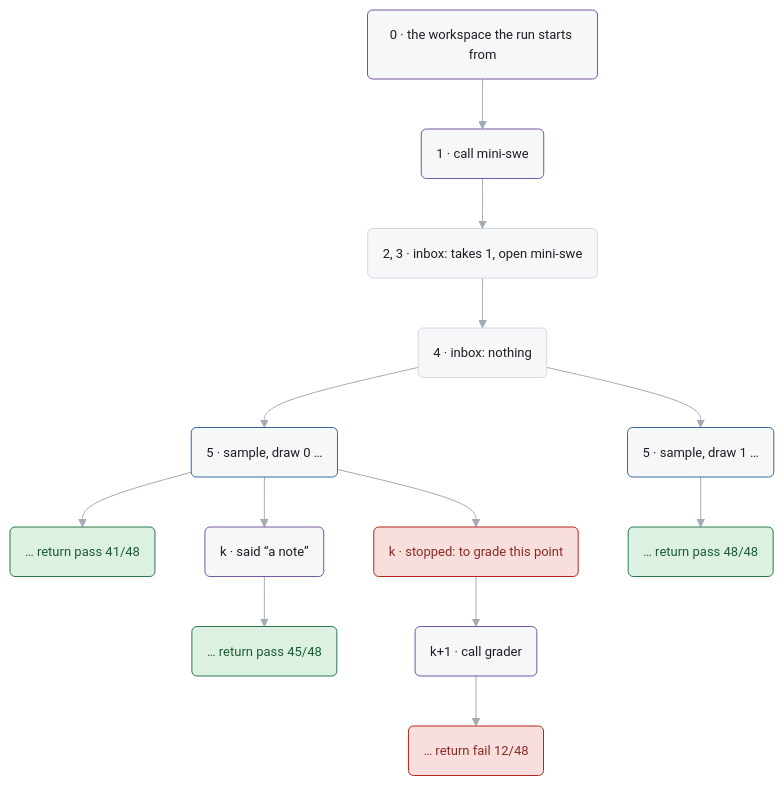
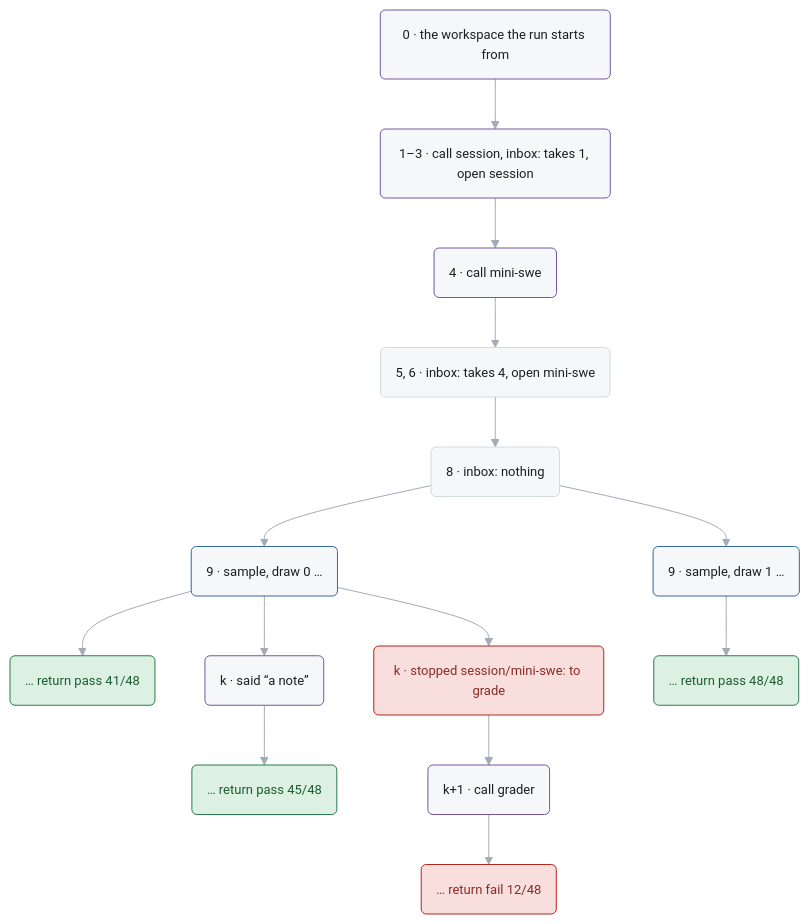
Before and after one commit to pku-xht/alaya: the second of 3 diagrams in docs/log-schema.md, drawn with Mermaid. The commit also changed other lines of this file and 18 other files, not shown here.

````diff
--- a/docs/log-schema.md
+++ b/docs/log-schema.md
@@ -136,17 +140,18 @@
 ```mermaid
 %%{init: {"theme": "base", "themeVariables": {"fontFamily": "BlinkMacSystemFont, Segoe UI, Helvetica, Arial", "fontSize": "13px", "primaryColor": "#f6f7f9", "primaryTextColor": "#1c1e21", "primaryBorderColor": "#d3d9e0", "lineColor": "#a3abb5", "textColor": "#6f7985", "edgeLabelBackground": "#ffffff", "clusterBkg": "#fafbfc", "clusterBorder": "#e3e6ea"}}}%%
 flowchart TD
   classDef sample stroke:#3567a0
   classDef notice stroke:#7556a3
   classDef ok fill:#dcf1e2,stroke:#2a7a4b,color:#1c5c33
   classDef bad fill:#f8dfdd,stroke:#b3261e,color:#8a2a25
 
-  root("0 · the workspace the run starts from"):::notice --> called("1 · call mini-swe"):::notice
-  called --> opened("2, 3 · inbox: takes 1, open mini-swe") --> heard("4 · inbox: nothing")
-  heard --> first("5 · sample, draw 0 …"):::sample --> firstEnd("… return pass 41/48"):::ok
-  heard --> second("5 · sample, draw 1 …"):::sample --> secondEnd("… return pass 48/48"):::ok
+  root("0 · the workspace the run starts from"):::notice --> session("1–3 · call session, inbox: takes 1, open session"):::notice
+  session --> called("4 · call mini-swe"):::notice
+  called --> opened("5, 6 · inbox: takes 4, open mini-swe") --> heard("8 · inbox: nothing")
+  heard --> first("9 · sample, draw 0 …"):::sample --> firstEnd("… return pass 41/48"):::ok
+  heard --> second("9 · sample, draw 1 …"):::sample --> secondEnd("… return pass 48/48"):::ok
   first --> note("k · said “a note”"):::notice --> noteEnd("… return pass 45/48"):::ok
-  first --> stopped("k · stopped: to grade this point"):::bad
+  first --> stopped("k · stopped session/mini-swe: to grade"):::bad
   stopped --> grader("k+1 · call grader"):::notice --> graded("… return fail 12/48"):::bad
   linkStyle default stroke-width:1px
 ```
````
